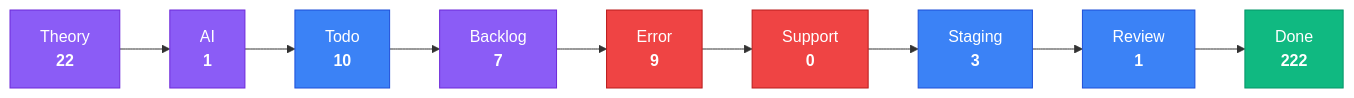
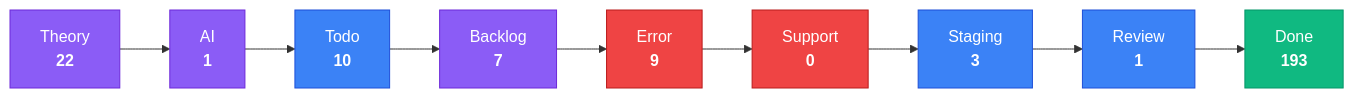
Before and after one commit to KBVE/kbve: the third of 4 diagrams in apps/kbve/astro-kbve/src/content/docs/dashboard/kanban-data.mdx, drawn with Mermaid. The commit also changed other lines of this file and 7 other files, not shown here.

````diff
--- a/apps/kbve/astro-kbve/src/content/docs/dashboard/kanban-data.mdx
+++ b/apps/kbve/astro-kbve/src/content/docs/dashboard/kanban-data.mdx
@@ -80,28 +80,28 @@
 ```mermaid
 flowchart LR
     classDef planning fill:#8b5cf6,stroke:#6d28d9,color:#fff
     classDef active fill:#3b82f6,stroke:#1d4ed8,color:#fff
     classDef blocked fill:#ef4444,stroke:#b91c1c,color:#fff
     classDef done fill:#10b981,stroke:#059669,color:#fff
     Theory["Theory<br/><strong>22</strong>"]
     Theory --> AI
     AI["AI<br/><strong>1</strong>"]
     AI --> Todo
     Todo["Todo<br/><strong>10</strong>"]
     Todo --> Backlog
     Backlog["Backlog<br/><strong>7</strong>"]
     Backlog --> Error
     Error["Error<br/><strong>9</strong>"]
     Error --> Support
     Support["Support<br/><strong>0</strong>"]
     Support --> Staging
     Staging["Staging<br/><strong>3</strong>"]
     Staging --> Review
     Review["Review<br/><strong>1</strong>"]
     Review --> Done
-    Done["Done<br/><strong>222</strong>"]
+    Done["Done<br/><strong>193</strong>"]
     class Theory,AI,Backlog planning
     class Todo,Staging,Review active
     class Error,Support blocked
     class Done done
 ```
````
